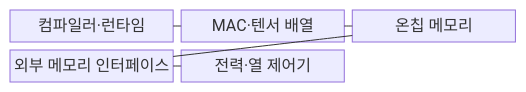
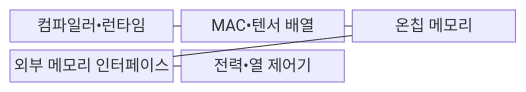
Before and after one commit to agnusdei1207/knowledge-base: the first of 2 diagrams in src/content/docs/notes/08-latest-tech/140_ai_accelerator.md, drawn with Mermaid. The commit also changed other lines of this file and 953 other files, not shown here.

````diff
--- a/src/content/docs/notes/08-latest-tech/140_ai_accelerator.md
+++ b/src/content/docs/notes/08-latest-tech/140_ai_accelerator.md
@@ -75,13 +75,13 @@
 ```mermaid
 block-beta
     columns 3
-    C["컴파일러·런타임"]
-    A["MAC·텐서 배열"]
+    C["컴파일러•런타임"]
+    A["MAC•텐서 배열"]
     O["온칩 메모리"]
     E["외부 메모리 인터페이스"]
-    P["전력·열 제어기"]
+    P["전력•열 제어기"]
     C --- A
     A --- O
     O --- E
     E --- P
 ```
````
